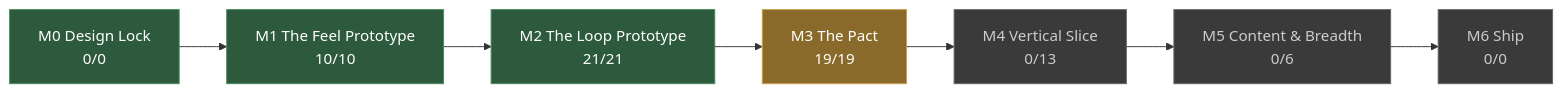
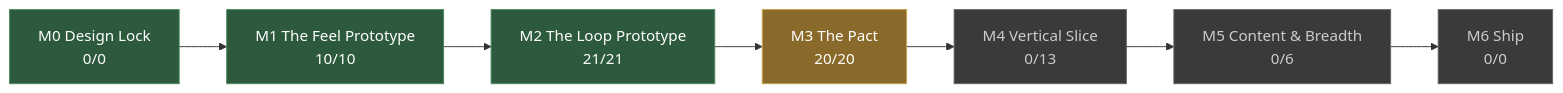
Before and after one commit to JoshuaGessner/she: the diagram in docs/STATUS.md, drawn with Mermaid. The commit also changed other lines of this file and 12 other files, not shown here.

````diff
--- a/docs/STATUS.md
+++ b/docs/STATUS.md
@@ -13,19 +13,19 @@
 ```mermaid
 flowchart LR
   M0["M0 Design Lock<br/>0/0"]:::passed
   M1["M1 The Feel Prototype<br/>10/10"]:::passed
   M0 --> M1
   M2["M2 The Loop Prototype<br/>21/21"]:::passed
   M1 --> M2
-  M3["M3 The Pact<br/>19/19"]:::current
+  M3["M3 The Pact<br/>20/20"]:::current
   M2 --> M3
   M4["M4 Vertical Slice<br/>0/13"]:::ahead
   M3 --> M4
   M5["M5 Content & Breadth<br/>0/6"]:::ahead
   M4 --> M5
   M6["M6 Ship<br/>0/0"]:::ahead
   M5 --> M6
   classDef passed fill:#2d5a3d,stroke:#4a8a5f,color:#fff
   classDef current fill:#8a6a2a,stroke:#c8a04a,color:#fff
   classDef ahead fill:#3a3a3a,stroke:#666,color:#ccc
 ```
````
